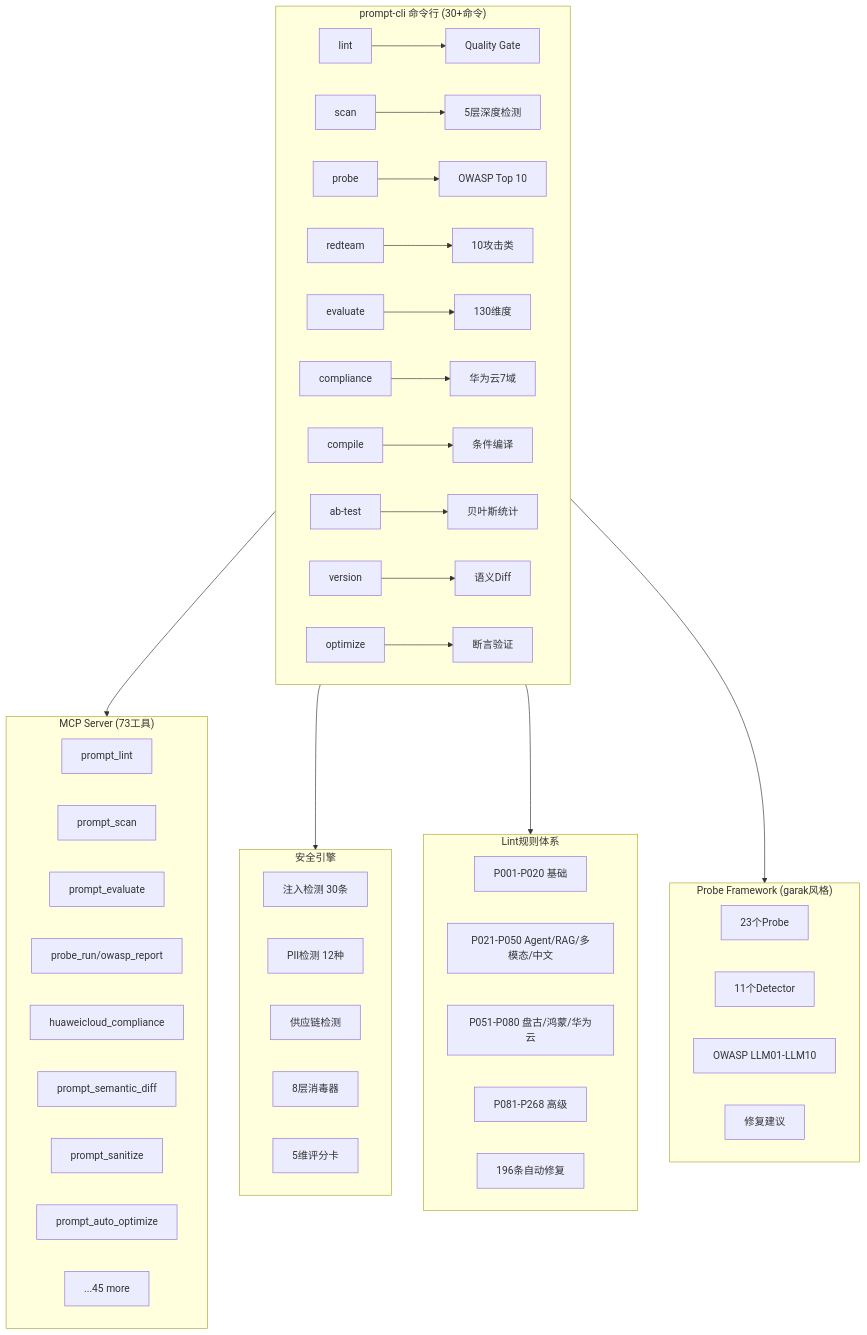
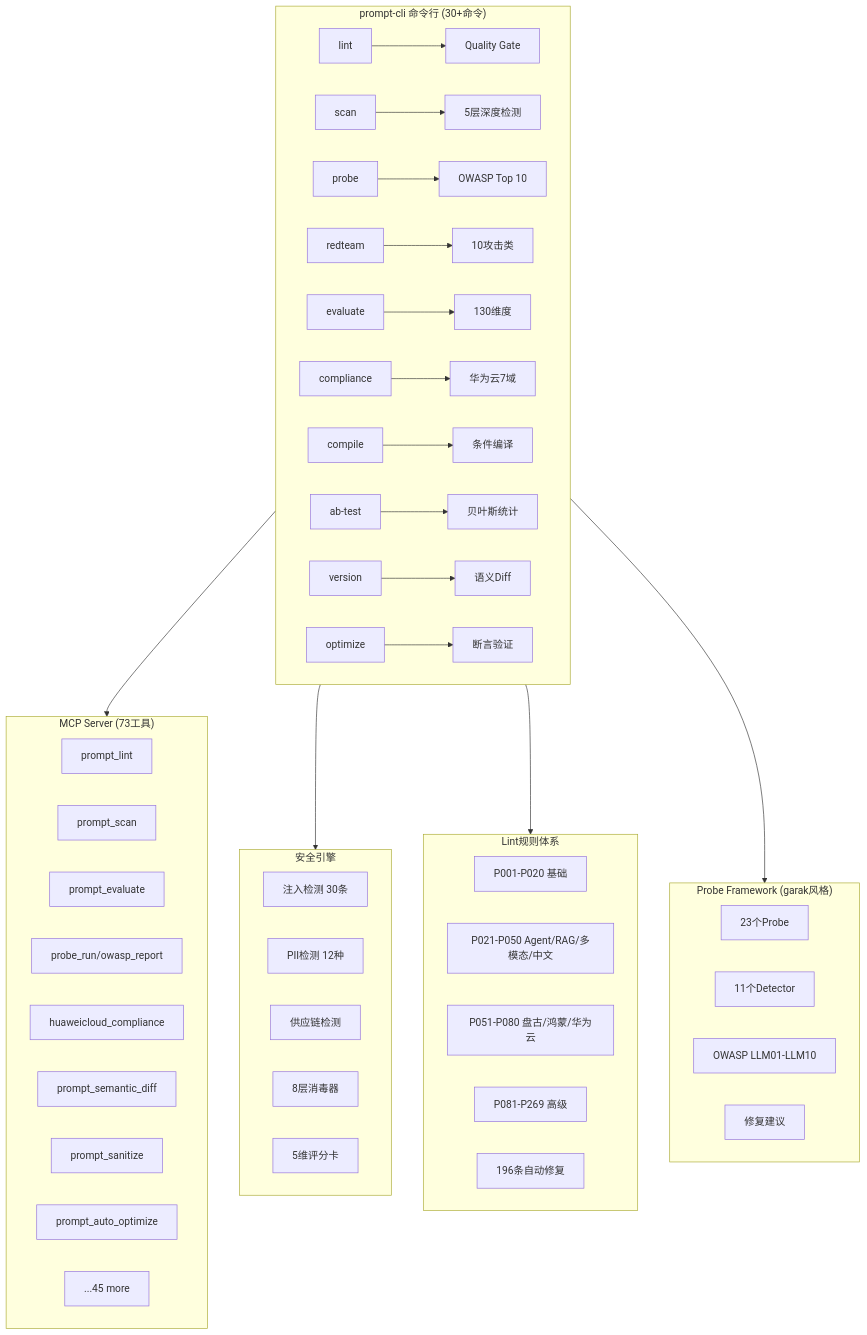
Before and after one commit to wqbcs/ai-prompt-toolkit: the second of 2 diagrams in README.md, drawn with Mermaid. The commit also changed other lines of this file and 291 other files, not shown here.

````diff
--- a/README.md
+++ b/README.md
@@ -439,55 +439,55 @@
 ```mermaid
 graph TB
     subgraph CLI["prompt-cli 命令行 (30+命令)"]
         LINT[lint] --> GATE[Quality Gate]
         SCAN[scan] --> DEPTH[5层深度检测]
         PROBE[probe] --> OWASP[OWASP Top 10]
         REDTEAM[redteam] --> ATTACK[10攻击类]
         EVAL[evaluate] --> DIMS[130维度]
         COMPLIANCE[compliance] --> HC[华为云7域]
         COMPILE[compile] --> CMP[条件编译]
         AB[ab-test] --> BAYES[贝叶斯统计]
         VERSION[version] --> SDIFF[语义Diff]
         OPTIMIZE[optimize] --> ASSERT[断言验证]
     end
 
     subgraph MCP["MCP Server (73工具)"]
         MCP_LINT[prompt_lint]
         MCP_SCAN[prompt_scan]
         MCP_EVAL[prompt_evaluate]
         MCP_PROBE[probe_run/owasp_report]
         MCP_COMPLIANCE[huaweicloud_compliance]
         MCP_DIFF[prompt_semantic_diff]
         MCP_SANITIZE[prompt_sanitize]
         MCP_OPTIMIZE[prompt_auto_optimize]
         MCP_MORE[...45 more]
     end
 
     subgraph SECURITY["安全引擎"]
         INJ[注入检测 30条]
         PII[PII检测 12种]
         SUPPLY[供应链检测]
         SANITIZE[8层消毒器]
         SCORECARD[5维评分卡]
     end
 
     subgraph RULES["Lint规则体系"]
         R1[P001-P020 基础]
         R2[P021-P050 Agent/RAG/多模态/中文]
         R3[P051-P080 盘古/鸿蒙/华为云]
-        R4[P081-P268 高级]
+        R4[P081-P269 高级]
         FIXER[196条自动修复]
     end
 
     subgraph PROBES["Probe Framework (garak风格)"]
         P_15[23个Probe]
         D_8[11个Detector]
         OWASP_MAP[OWASP LLM01-LLM10]
         REMEDIATION[修复建议]
     end
 
     CLI --> MCP
     CLI --> SECURITY
     CLI --> RULES
     CLI --> PROBES
 ```
````
